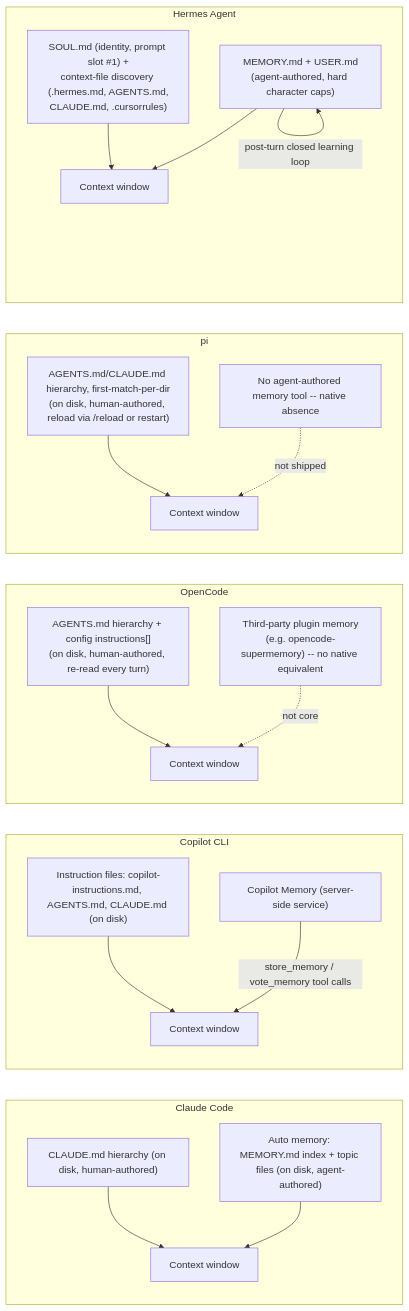
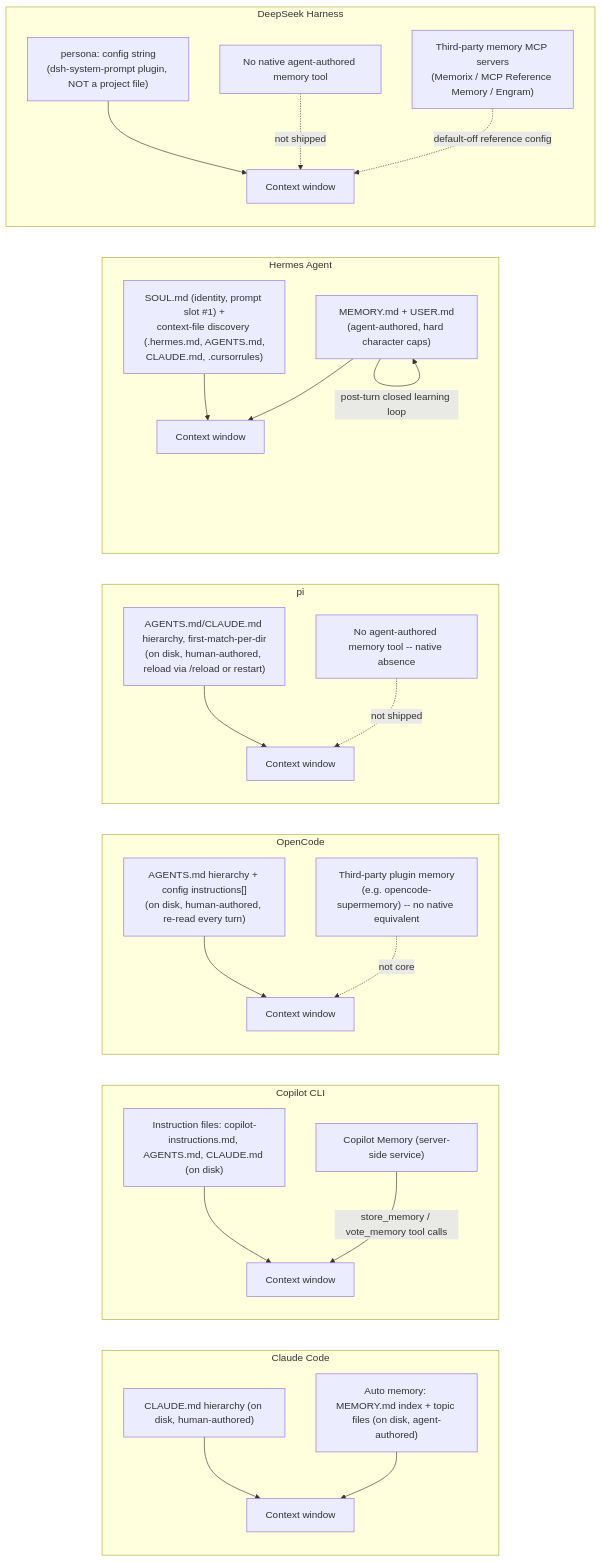
One commit to sfernandezplain/AIrchon changed the first of 5 diagrams in references/harnesses/memory-management.md. Above: the diagram before and after it, drawn with Mermaid. The commit also changed other lines of this file and 25 other files, not shown here.

First line of the commit message:
DeepSeek Harness rollout continued (19/29 -> 23/29); add opencode as a deploy target

````diff
--- a/references/harnesses/memory-management.md
+++ b/references/harnesses/memory-management.md
@@ -44,24 +63,29 @@
 ```mermaid
 flowchart LR
     subgraph CC["Claude Code"]
         CM["CLAUDE.md hierarchy (on disk, human-authored)"] --> Ctx1[Context window]
         AM["Auto memory: MEMORY.md index + topic files (on disk, agent-authored)"] --> Ctx1
     end
     subgraph GH["Copilot CLI"]
         IF["Instruction files: copilot-instructions.md, AGENTS.md, CLAUDE.md (on disk)"] --> Ctx2[Context window]
         SM["Copilot Memory (server-side service)"] -->|"store_memory / vote_memory tool calls"| Ctx2
     end
     subgraph OC["OpenCode"]
         OCA["AGENTS.md hierarchy + config instructions[]<br/>(on disk, human-authored, re-read every turn)"] --> Ctx3b[Context window]
         OCP["Third-party plugin memory<br/>(e.g. opencode-supermemory) -- no native equivalent"] -.->|"not core"| Ctx3b
     end
     subgraph PI["pi"]
         PIA["AGENTS.md/CLAUDE.md hierarchy, first-match-per-dir<br/>(on disk, human-authored, reload via /reload or restart)"] --> Ctx3c[Context window]
         PIN["No agent-authored memory tool -- native absence"] -.->|"not shipped"| Ctx3c
     end
     subgraph HM["Hermes Agent"]
         SOUL["SOUL.md (identity, prompt slot #1) +\ncontext-file discovery (.hermes.md, AGENTS.md,\nCLAUDE.md, .cursorrules)"] --> Ctx3[Context window]
         HMEM["MEMORY.md + USER.md\n(agent-authored, hard character caps)"] --> Ctx3
         HMEM -->|"post-turn closed learning loop"| HMEM
     end
+    subgraph DS["DeepSeek Harness"]
+        PERS["persona: config string\n(dsh-system-prompt plugin, NOT a project file)"] --> Ctx3d[Context window]
+        NOMEM["No native agent-authored memory tool"] -.->|"not shipped"| Ctx3d
+        MCPMEM["Third-party memory MCP servers\n(Memorix / MCP Reference Memory / Engram)"] -.->|"default-off reference config"| Ctx3d
+    end
 ```
````
